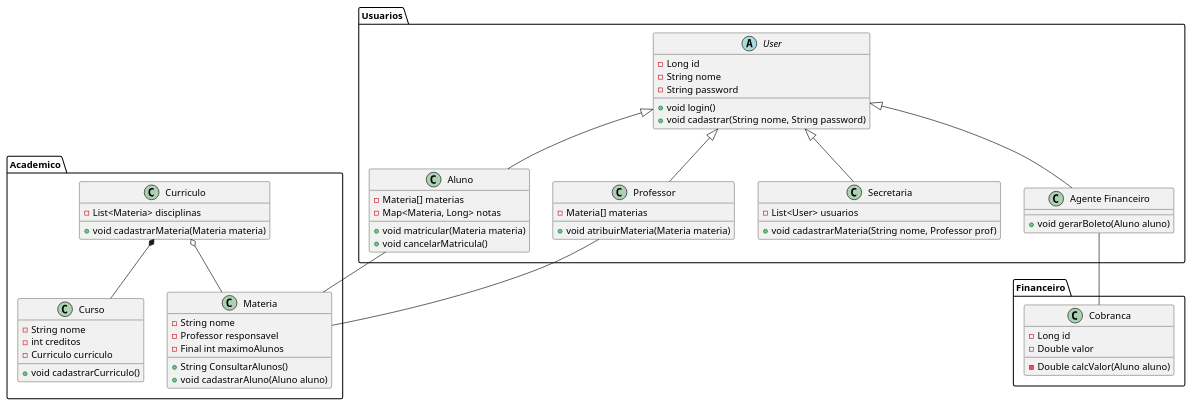
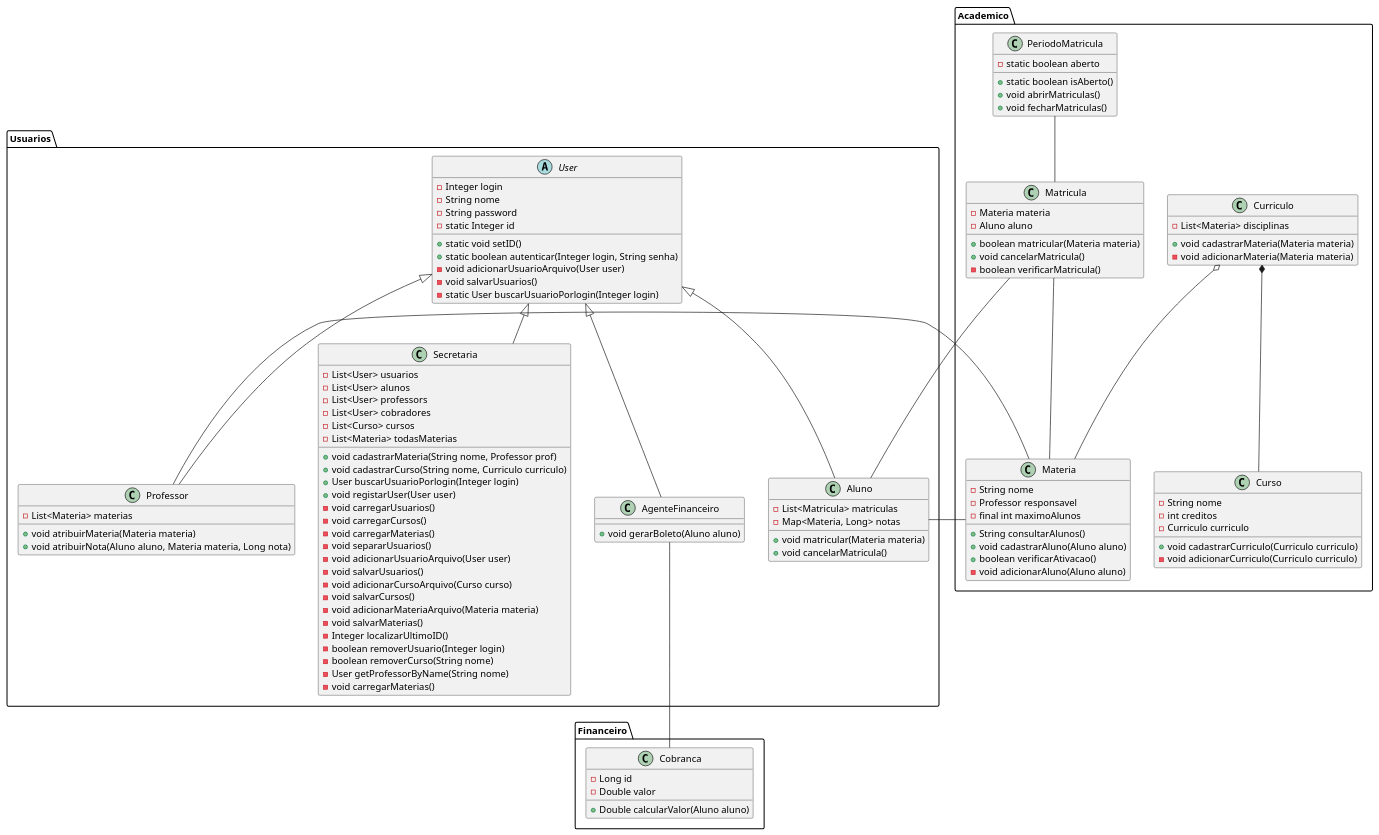
The diagram in Projeto/DiagramaDeClasse/diagramaCla.wsd (Lucas-FV/LAB01_DesenvolvimentoDeSoftware), drawn with PlantUML before and after one commit. The commit also changed 1 other file, not shown here.

Commit message:
Diagrama de classe update

```diff
--- a/Projeto/DiagramaDeClasse/diagramaCla.wsd
+++ b/Projeto/DiagramaDeClasse/diagramaCla.wsd
@@ -1,86 +1,126 @@
 @startuml diagramaDeClasse
 
+package "Usuarios" {
+    User <|-- Aluno
+    User <|-- Professor
+    User <|-- Secretaria
+    User <|-- AgenteFinanceiro
 
-package "Usuarios"{
-    User <|-- Aluno
-    User <|-- Prof
-    User <|-- Sec
-    User <|-- Cobrador
-
-    abstract class "User"{ 
-        -Long id 
-        -String nome 
-        -String password
-
-        +void login()
-        +void cadastrar(String nome, String password)
+    abstract class "User" { 
+        - Integer login
+        - String nome
+        - String password
+        - static Integer id
+        + static void setID()
+        + static boolean autenticar(Integer login, String senha)
+        - void adicionarUsuarioArquivo(User user)
+        - void salvarUsuarios()
+        - static User buscarUsuarioPorlogin(Integer login)
     }
 
-    class "Aluno"{ 
-        -Materia[] materias
-        -Map<Materia, Long> notas
-
-        +void matricular(Materia materia)
-        +void cancelarMatricula()
+    class "Aluno" { 
+        - List<Matricula> matriculas
+        - Map<Materia, Long> notas
+        + void matricular(Materia materia)
+        + void cancelarMatricula()
     }
 
-    class "Professor" as Prof{
-        -Materia[] materias
-        +void atribuirMateria(Materia materia)
+    class "Professor" {
+        - List<Materia> materias
+        + void atribuirMateria(Materia materia)
+        + void atribuirNota(Aluno aluno, Materia materia, Long nota)
     }
 
-    class "Secretaria" as Sec{
-        -List<User> usuarios
-
-        +void cadastrarMateria(String nome, Professor prof)
+    class "Secretaria" {
+        - List<User> usuarios
+        - List<User> alunos
+        - List<User> professors
+        - List<User> cobradores
+        - List<Curso> cursos
+        - List<Materia> todasMaterias
+        + void cadastrarMateria(String nome, Professor prof)
+        + void cadastrarCurso(String nome, Curriculo curriculo)
+        + User buscarUsuarioPorlogin(Integer login)
+        + void registarUser(User user)
+        - void carregarUsuarios()
+        - void carregarCursos()
+        - void carregarMaterias()
+        - void separarUsuarios()
+        - void adicionarUsuarioArquivo(User user)
+        - void salvarUsuarios()
+        - void adicionarCursoArquivo(Curso curso)
+        - void salvarCursos()
+        - void adicionarMateriaArquivo(Materia materia)
+        - void salvarMaterias()
+        - Integer localizarUltimoID()
+        - boolean removerUsuario(Integer login)
+        - boolean removerCurso(String nome)
+        - User getProfessorByName(String nome)
+        - void carregarMaterias()
     }
 
-    class "Agente Financeiro" as Cobrador{
-        +void gerarBoleto(Aluno aluno)
+    class "AgenteFinanceiro" {
+        + void gerarBoleto(Aluno aluno)
     }
-
 }
 
-package "Academico"{
-    Materia -- Prof
+package "Academico" {
+    Materia -- Professor
     Aluno -- Materia
     Curriculo *-- Curso
     Curriculo o-- Materia
+    Matricula -- Aluno
+    Matricula -- Materia
+    PeriodoMatricula -- Matricula
 
     class "Materia" { 
-        -String nome 
-        -Professor responsavel 
-        -Final int maximoAlunos
-
-        +String ConsultarAlunos()
-        +void cadastrarAluno(Aluno aluno) 
+        - String nome
+        - Professor responsavel
+        - final int maximoAlunos
+        + String consultarAlunos()
+        + void cadastrarAluno(Aluno aluno)
+        + boolean verificarAtivacao()
+        - void adicionarAluno(Aluno aluno)
     }
 
-
-    class "Curso"{
-        -String nome
-        -int creditos
-        -Curriculo curriculo
-
-        +void cadastrarCurriculo()
+    class "Curso" {
+        - String nome
+        - int creditos
+        - Curriculo curriculo
+        + void cadastrarCurriculo(Curriculo curriculo)
+        - void adicionarCurriculo(Curriculo curriculo)
     }
 
-    class "Curriculo"{
-        -List<Materia> disciplinas
-        +void cadastrarMateria(Materia materia)
+    class "Curriculo" {
+        - List<Materia> disciplinas
+        + void cadastrarMateria(Materia materia)
+        - void adicionarMateria(Materia materia)
+    }
+
+    class "Matricula" {
+        - Materia materia
+        - Aluno aluno
+        + boolean matricular(Materia materia)
+        + void cancelarMatricula()
+        - boolean verificarMatricula()
+    }
+
+    class "PeriodoMatricula" {
+        - static boolean aberto
+        + static boolean isAberto()
+        + void abrirMatriculas()
+        + void fecharMatriculas()
     }
 }
 
-package "Financeiro"{ 
-    Cobrador -- Cobranca
+package "Financeiro" { 
+    AgenteFinanceiro -- Cobranca
 
-    class "Cobranca"{
-        -Long id
-        -Double valor
-
-        -Double calcValor(Aluno aluno)
+    class "Cobranca" {
+        - Long id
+        - Double valor
+        + Double calcularValor(Aluno aluno)
     } 
 }
 
-
 @enduml
```
